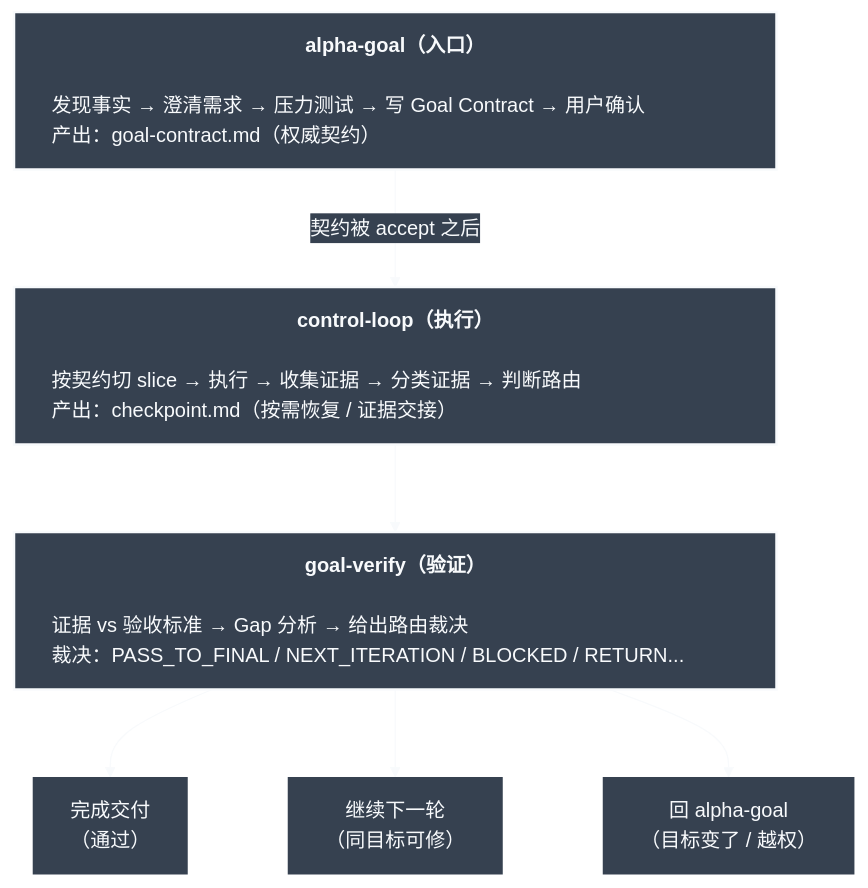
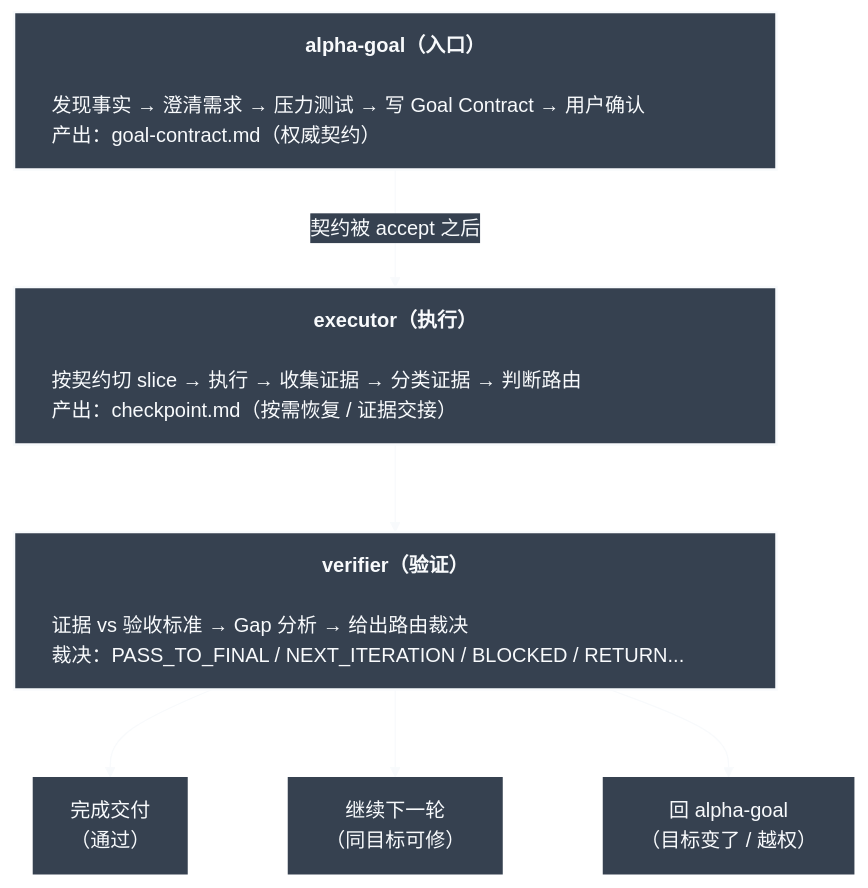
One commit to azhonglee/alpha-goal changed the diagram in README.md. Above: the diagram before and after it, drawn with Mermaid. The commit also changed other lines of this file and 15 other files, not shown here.

Commit message:
Rename execution skills to executor and verifier

````diff
--- a/README.md
+++ b/README.md
@@ -42,18 +42,18 @@
 ```mermaid
 %%{init: {"theme":"base","flowchart":{"wrappingWidth":500,"nodeSpacing":80,"rankSpacing":70,"htmlLabels":true},"markdownAutoWrap":false,"themeVariables":{"background":"#364150","primaryColor":"#364150","primaryTextColor":"#f8fafc","primaryBorderColor":"#f8fafc","lineColor":"#f8fafc","edgeLabelBackground":"#364150","fontFamily":"ui-monospace, SFMono-Regular, Menlo, Monaco, Consolas, monospace"}}}%%
 flowchart TD
   AG["<div align='center'><strong>alpha-goal（入口）</strong></div><div align='left' style='width:550px'><br/>发现事实 → 澄清需求 → 压力测试 → 写 Goal Contract → 用户确认<br/>产出：goal-contract.md（权威契约）</div>"]
-  CL["<div align='center'><strong>control-loop（执行）</strong></div><div align='left' style='width:550px'><br/>按契约切 slice → 执行 → 收集证据 → 分类证据 → 判断路由<br/>产出：checkpoint.md（按需恢复 / 证据交接）</div>"]
-  GV["<div align='center'><strong>goal-verify（验证）</strong></div><div align='left' style='width:550px'><br/>证据 vs 验收标准 → Gap 分析 → 给出路由裁决<br/>裁决：PASS_TO_FINAL / NEXT_ITERATION / BLOCKED / RETURN...</div>"]
+  CL["<div align='center'><strong>executor（执行）</strong></div><div align='left' style='width:550px'><br/>按契约切 slice → 执行 → 收集证据 → 分类证据 → 判断路由<br/>产出：checkpoint.md（按需恢复 / 证据交接）</div>"]
+  GV["<div align='center'><strong>verifier（验证）</strong></div><div align='left' style='width:550px'><br/>证据 vs 验收标准 → Gap 分析 → 给出路由裁决<br/>裁决：PASS_TO_FINAL / NEXT_ITERATION / BLOCKED / RETURN...</div>"]
 
   AG -->|"契约被 accept 之后"| CL
   CL --> GV
   GV --> Pass["完成交付<br/>（通过）"]
   GV --> Next["继续下一轮<br/>（同目标可修）"]
   GV --> Return["回 alpha-goal<br/>（目标变了 / 越权）"]
 
   classDef stage fill:#364150,stroke:#f8fafc,color:#f8fafc,stroke-width:2px;
   classDef route fill:#364150,stroke:#364150,color:#f8fafc,stroke-width:0px;
   class AG,CL,GV stage;
   class Pass,Next,Return route;
 ```
````
